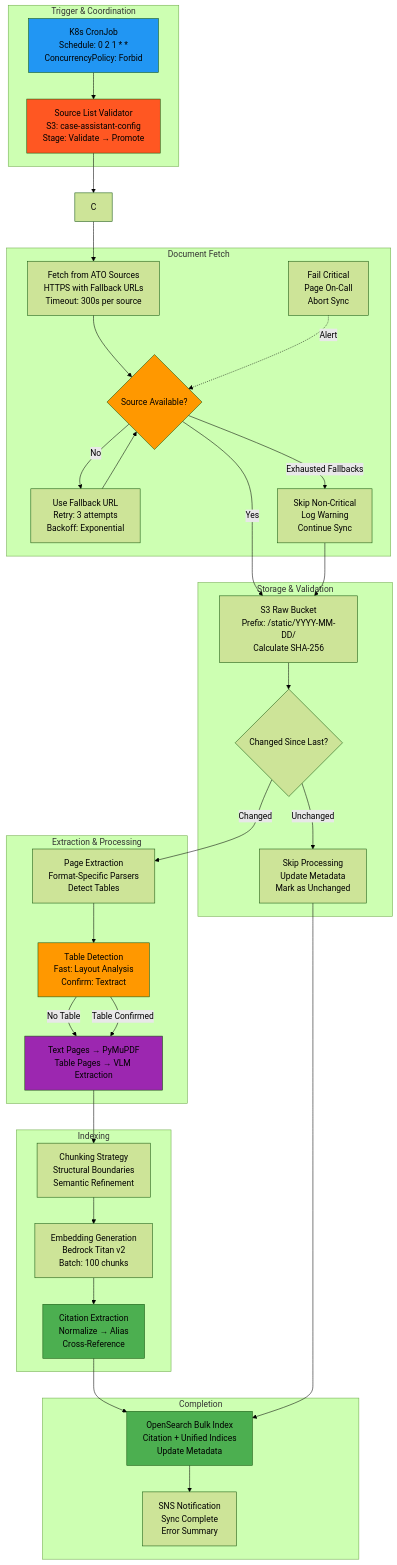
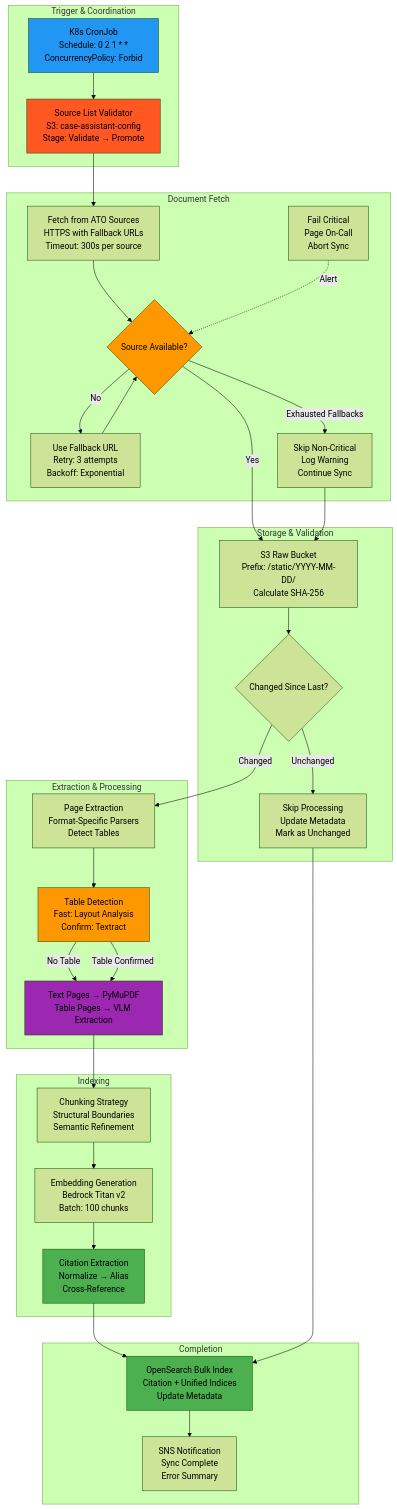
Before and after one commit to anguyenbus/case_chat: the fourth of 22 diagrams in case_assistant/system_design/02-document-ingestion.md, drawn with Mermaid (forest theme). The commit also changed other lines of this file, not shown here.

````diff
--- a/case_assistant/system_design/02-document-ingestion.md
+++ b/case_assistant/system_design/02-document-ingestion.md
@@ -222,69 +222,68 @@
 ```mermaid
 graph TB
     subgraph "Trigger & Coordination"
         A[K8s CronJob<br/>Schedule: 0 2 1 * *<br/>ConcurrencyPolicy: Forbid]
         B[Source List Validator<br/>S3: case-assistant-config<br/>Stage: Validate → Promote]
     end
 
     subgraph "Document Fetch"
         D[Fetch from ATO Sources<br/>HTTPS with Fallback URLs<br/>Timeout: 300s per source]
         E{Source Available?}
         F[Use Fallback URL<br/>Retry: 3 attempts<br/>Backoff: Exponential]
         G[Skip Non-Critical<br/>Log Warning<br/>Continue Sync]
         H[Fail Critical<br/>Page On-Call<br/>Abort Sync]
     end
 
     subgraph "Storage & Validation"
         I[S3 Raw Bucket<br/>Prefix: /static/YYYY-MM-DD/<br/>Calculate SHA-256]
         J{Changed Since Last?}
         K[Skip Processing<br/>Update Metadata<br/>Mark as Unchanged]
     end
 
     subgraph "Extraction & Processing"
         L[Page Extraction<br/>Format-Specific Parsers<br/>Detect Tables]
         M[Table Detection<br/>Fast: Layout Analysis<br/>Confirm: Textract]
         N[Text Pages → PyMuPDF<br/>Table Pages → VLM Extraction]
     end
 
     subgraph "Indexing"
         O[Chunking Strategy<br/>Structural Boundaries<br/>Semantic Refinement]
         P[Embedding Generation<br/>Bedrock Titan v2<br/>Batch: 100 chunks]
         Q[Citation Extraction<br/>Normalize → Alias<br/>Cross-Reference]
     end
 
     subgraph "Completion"
         R[OpenSearch Bulk Index<br/>Citation + Unified Indices<br/>Update Metadata]
         S[SNS Notification<br/>Sync Complete<br/>Error Summary]
     end
 
     A --> B
-    B --> C
-    C --> D
+    B --> D
     D --> E
     E -->|Yes| I
     E -->|No| F
     F --> E
     E -->|Exhausted Fallbacks| G
     G --> I
     H -.Alert.-> E
     I --> J
     J -->|Unchanged| K
     J -->|Changed| L
     L --> M
     M -->|No Table| N
     M -->|Table Confirmed| N
     N --> O
     O --> P
     P --> Q
     Q --> R
     R --> S
     K --> R
 
     style A fill:#2196F3
     style B fill:#FF5722
     style E fill:#FF9800
     style M fill:#FF9800
     style N fill:#9C27B0
     style Q fill:#4CAF50
     style R fill:#4CAF50
 ```
````
